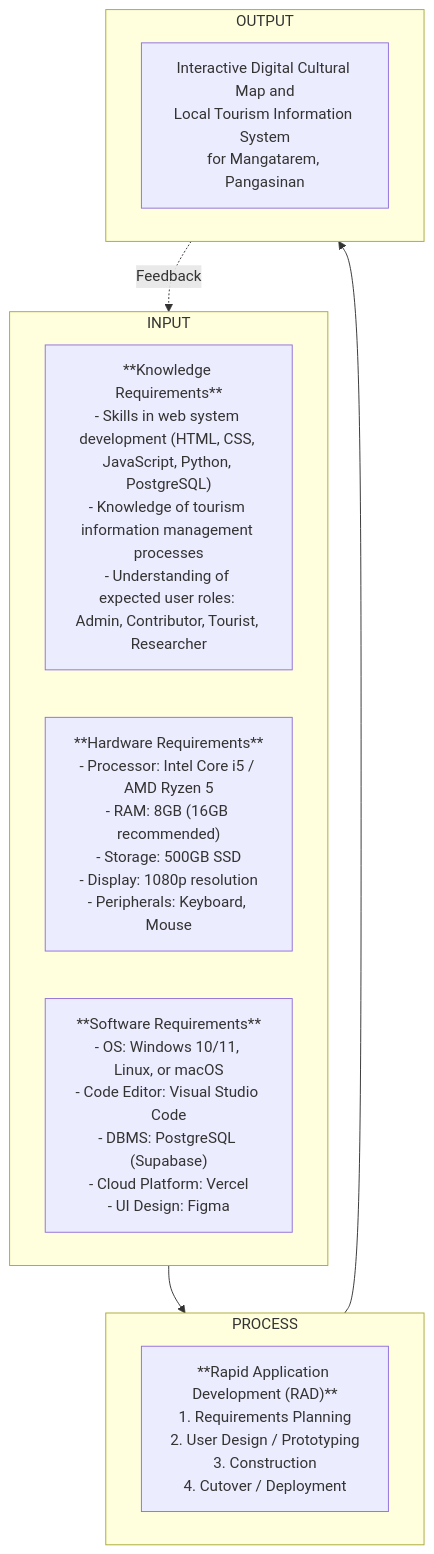
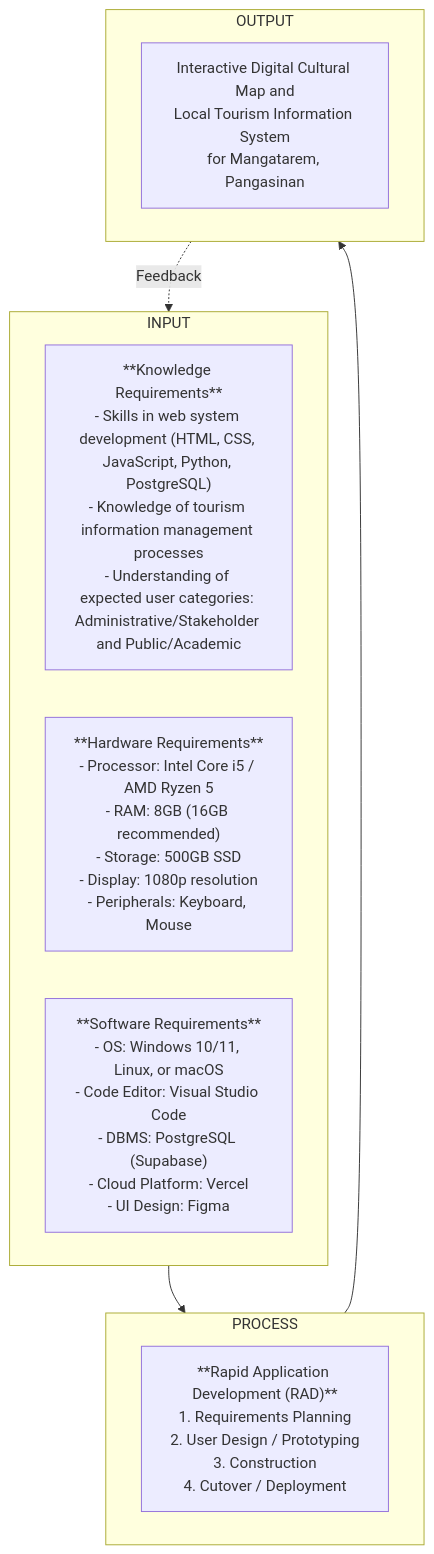
One commit to jemhakdog/Interactive-Digital-Cultural-Map-and-Local-Tourism-Information-system-for-Mangatarem--Pangasinan changed the diagram in docs/capstone/chapters/Chapter-1-Introduction.md. Above: the diagram before and after it, drawn with Mermaid. The commit also changed other lines of this file and 15 other files, not shown here.

````diff
--- a/docs/capstone/chapters/Chapter-1-Introduction.md
+++ b/docs/capstone/chapters/Chapter-1-Introduction.md
@@ -78,20 +73,20 @@
 ```mermaid
 graph TD
     subgraph INPUT
-        K["**Knowledge Requirements**<br/>- Skills in web system development (HTML, CSS, JavaScript, Python, PostgreSQL)<br/>- Knowledge of tourism information management processes<br/>- Understanding of expected user roles: Admin, Contributor, Tourist, Researcher"]
+        K["**Knowledge Requirements**<br/>- Skills in web system development (HTML, CSS, JavaScript, Python, PostgreSQL)<br/>- Knowledge of tourism information management processes<br/>- Understanding of expected user categories: Administrative/Stakeholder and Public/Academic"]
         H["**Hardware Requirements**<br/>- Processor: Intel Core i5 / AMD Ryzen 5<br/>- RAM: 8GB (16GB recommended)<br/>- Storage: 500GB SSD<br/>- Display: 1080p resolution<br/>- Peripherals: Keyboard, Mouse"]
         S["**Software Requirements**<br/>- OS: Windows 10/11, Linux, or macOS<br/>- Code Editor: Visual Studio Code<br/>- DBMS: PostgreSQL (Supabase)<br/>- Cloud Platform: Vercel<br/>- UI Design: Figma"]
     end
 
     subgraph PROCESS
         RAD["**Rapid Application Development (RAD)**<br/>1. Requirements Planning<br/>2. User Design / Prototyping<br/>3. Construction<br/>4. Cutover / Deployment"]
     end
 
     subgraph OUTPUT
         SYS["Interactive Digital Cultural Map and<br/>Local Tourism Information System<br/>for Mangatarem, Pangasinan"]
     end
 
     INPUT --> PROCESS
     PROCESS --> OUTPUT
     OUTPUT -. Feedback .-> INPUT
 ```
````
